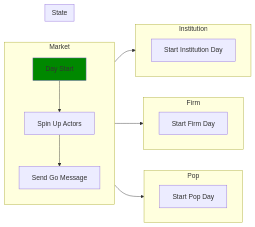
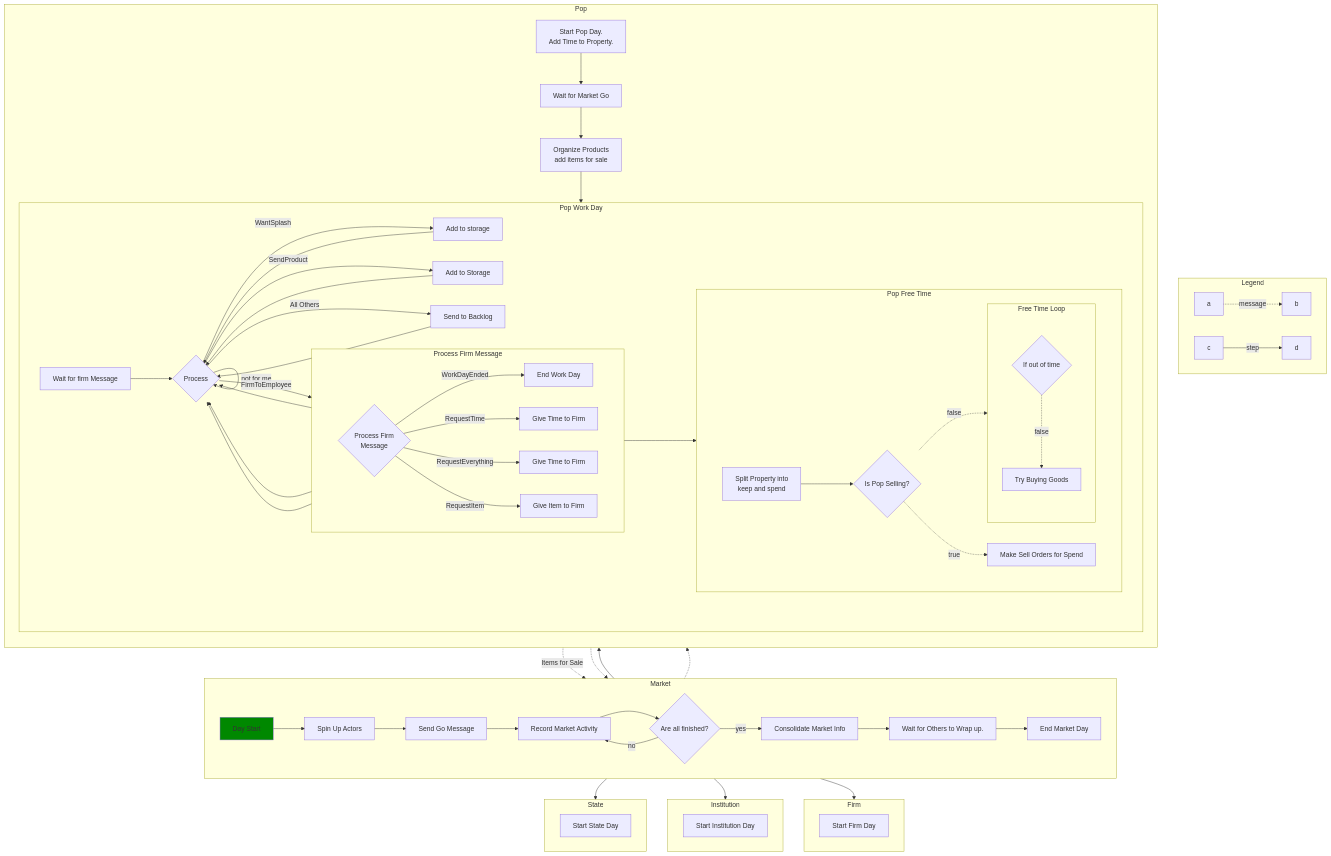
One commit to JeremyDaug/EconomicCalculator changed the diagram in political_economy_core/src/market_day_flowchart.md. Above: the diagram before and after it, drawn with Mermaid. The commit also changed 3 other files, not shown here.

Commit message:
Bit more work, logicing out thread flows

````diff
--- a/political_economy_core/src/market_day_flowchart.md
+++ b/political_economy_core/src/market_day_flowchart.md
@@ -1,28 +1,79 @@
 ```mermaid
 ---
 Title: Actor messages
 ---
-flowchart LR
+flowchart TD
+    subgraph Legend
+        direction LR
+        a -.message.-> b
+        c --> |step|d
+    end
     subgraph Market
-        direction TB
-        dayStart[Day Start]
-        dayStart --> spinUp[Spin Up Actors]
-        spinUp --> goMessage[Send Go Message]
+        direction LR
+        dayStart[Day Start] -->
+        spinUp[Spin Up Actors] -->
+        goMessage[Send Go Message] -->
+        marketRecords[Record Market Activity]
+        marketRecords --> checkEnd{Are all finished?}
+        checkEnd --> |no|marketRecords
+        checkEnd --> |yes|Wrapup[Consolidate Market Info]
+        Wrapup --> HoldForFinish[Wait for Others to Wrap up.]
+        HoldForFinish --> EndDay[End Market Day]
         style dayStart fill:#080
     end
     subgraph Pop
-        direction LR
-        spinUp --> popStart[Start Pop Day]
-        
+        direction TB
+        spinUp --> 
+        popStart[Start Pop Day.\n Add Time to Property.] -->
+        popWaitForGo[Wait for Market Go]
+        goMessage -.-> popWaitForGo -->
+        openSales[Organize Products \n add items for sale]
+        openSales -.Items for Sale.-> marketRecords
+        openSales --> workMsgWait
+        subgraph pwd [Pop Work Day]
+            direction LR
+            workMsgWait[Wait for firm Message] -->
+            popProcessFirmMessage{Process}
+            popProcessFirmMessage --> |FirmToEmployee|bossMsg{Process Firm \n Message}
+            popProcessFirmMessage --> |WantSplash|splash[Add to storage] --> popProcessFirmMessage
+            popProcessFirmMessage --> |SendProduct|recieveProduct[Add to Storage] --> popProcessFirmMessage
+            popProcessFirmMessage --> |All Others|popFirmToBacklog[Send to Backlog] --> popProcessFirmMessage
+            popProcessFirmMessage --> |not for me|popProcessFirmMessage
+            subgraph Process Firm Message
+                direction LR
+                bossMsg --> |WorkDayEnded|popWorkDayEnded[End Work Day]
+                bossMsg --> |RequestTime|requestTime[Give Time to Firm]
+                bossMsg --> |RequestEverything|requestEverything[Give Time to Firm]
+                bossMsg --> |RequestItem|RequestItem[Give Item to Firm]
+            end
+            requestEverything --> popProcessFirmMessage
+            requestTime --> popProcessFirmMessage
+            RequestItem --> popProcessFirmMessage
+            popWorkDayEnded --> splitProperty
+            subgraph Pop Free Time
+                direction LR
+                splitProperty[Split Property into\n keep and spend]
+                splitProperty --> ifPopSelling{Is Pop Selling?}
+                ifPopSelling -.true.-> sellOrderSpend[Make Sell Orders for Spend] -.-> marketRecords
+                ifPopSelling -.false.-> ifTimedOut
+                subgraph freeTimeLoop [Free Time Loop]
+                    direction TB
+                    ifTimedOut{If out of time} -.false.-> buyGoods[Try Buying Goods]
+
+                end
+            end
+        end
     end
     subgraph Firm
         direction LR
         spinUp --> firmStart[Start Firm Day]
     end
     subgraph Institution
         direction LR
         spinUp --> instStart[Start Institution Day]
     end
     subgraph State
+        direction LR
+        spinUp --> stateStart[Start State Day]
     end
 ```
````
